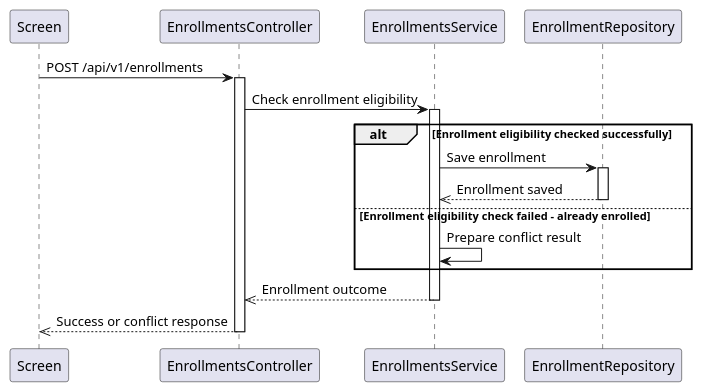
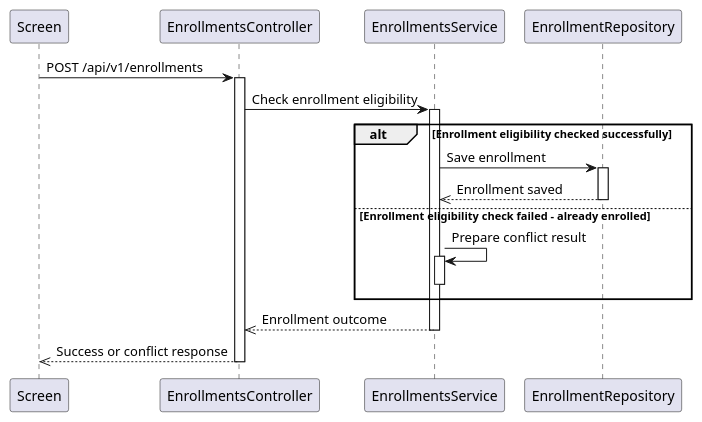
The second of 4 diagrams in .agents/skills/learnup-drawio-sequence-diagram/references/learnup-conventions.md (MinhKha28/LearnUp), drawn with PlantUML before and after one commit. The commit also changed other lines of this file and 5 other files, not shown here.

Commit message:
fix(skills): simplify cross-service REST interactions in sequence diagrams

````diff
--- a/.agents/skills/learnup-drawio-sequence-diagram/references/learnup-conventions.md
+++ b/.agents/skills/learnup-drawio-sequence-diagram/references/learnup-conventions.md
@@ -64,18 +98,20 @@
 ```plantuml
 Screen -> EnrollmentsController: POST /api/v1/enrollments
 activate EnrollmentsController
 EnrollmentsController -> EnrollmentsService: Check enrollment eligibility
 activate EnrollmentsService
 alt Enrollment eligibility checked successfully
   EnrollmentsService -> EnrollmentRepository: Save enrollment
   activate EnrollmentRepository
   EnrollmentRepository -->> EnrollmentsService: Enrollment saved
   deactivate EnrollmentRepository
 else Enrollment eligibility check failed - already enrolled
   EnrollmentsService -> EnrollmentsService: Prepare conflict result
+  activate EnrollmentsService
+  deactivate EnrollmentsService
 end
 EnrollmentsService -->> EnrollmentsController: Enrollment outcome
 deactivate EnrollmentsService
 EnrollmentsController -->> Screen: Success or conflict response
 deactivate EnrollmentsController
 ```
````
